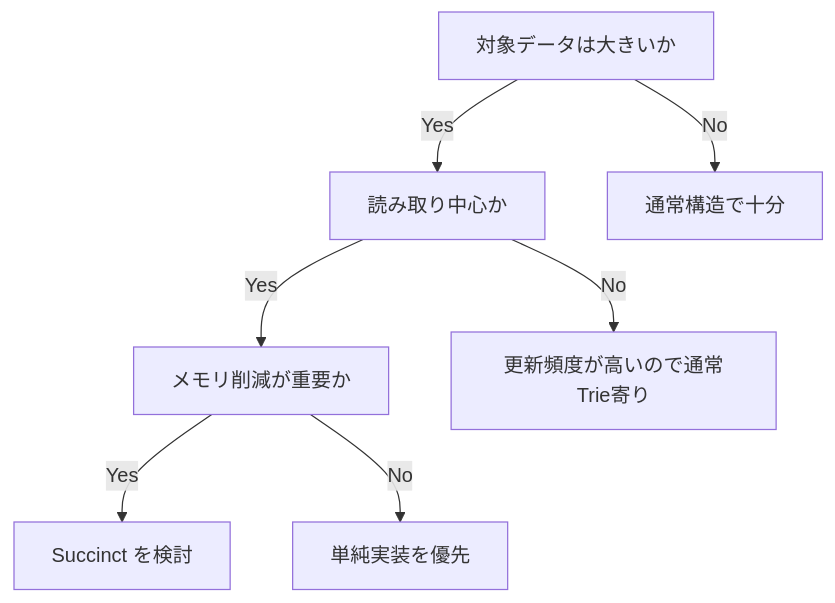
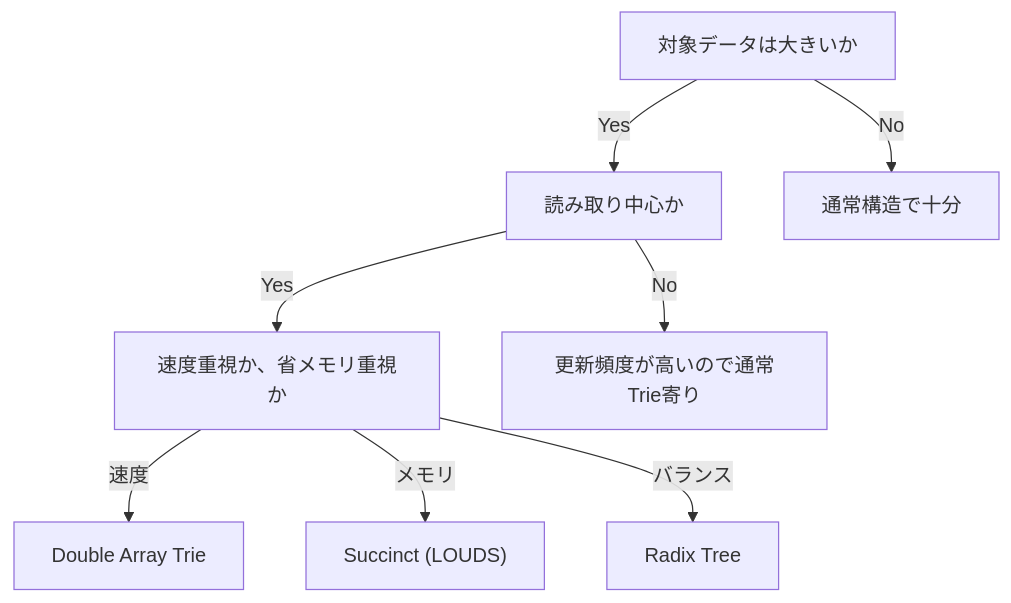
Before and after one commit to sokoide/workshop: the fourth of 4 diagrams in software/succinct_ja.md, drawn with Mermaid. The commit also changed other lines of this file and 5 other files, not shown here.

````diff
--- a/software/succinct_ja.md
+++ b/software/succinct_ja.md
@@ -357,9 +392,10 @@
 ```mermaid
 flowchart TD
     A["対象データは大きいか"] -->|Yes| B["読み取り中心か"]
     A -->|No| N["通常構造で十分"]
-    B -->|Yes| C["メモリ削減が重要か"]
+    B -->|Yes| C["速度重視か、省メモリ重視か"]
     B -->|No| D["更新頻度が高いので通常Trie寄り"]
-    C -->|Yes| E["Succinct を検討"]
-    C -->|No| F["単純実装を優先"]
+    C -->|速度| E["Double Array Trie"]
+    C -->|メモリ| F["Succinct (LOUDS)"]
+    C -->|バランス| G["Radix Tree"]
 ```
````
